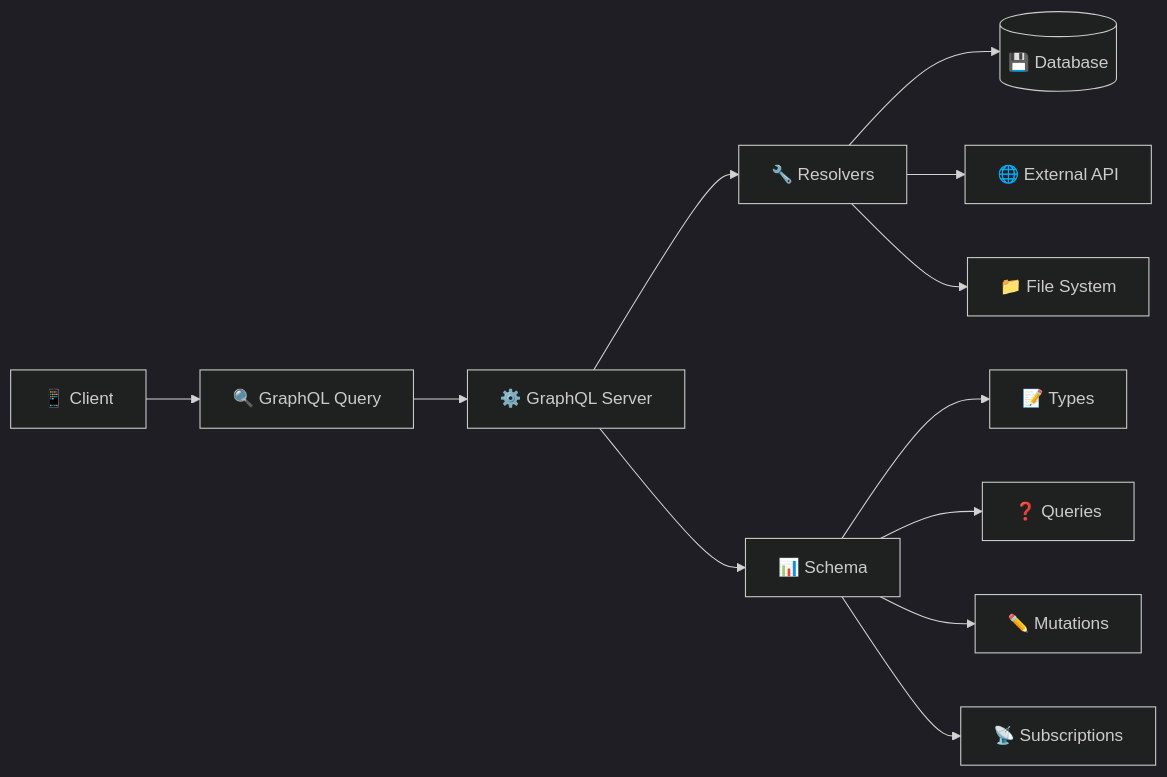
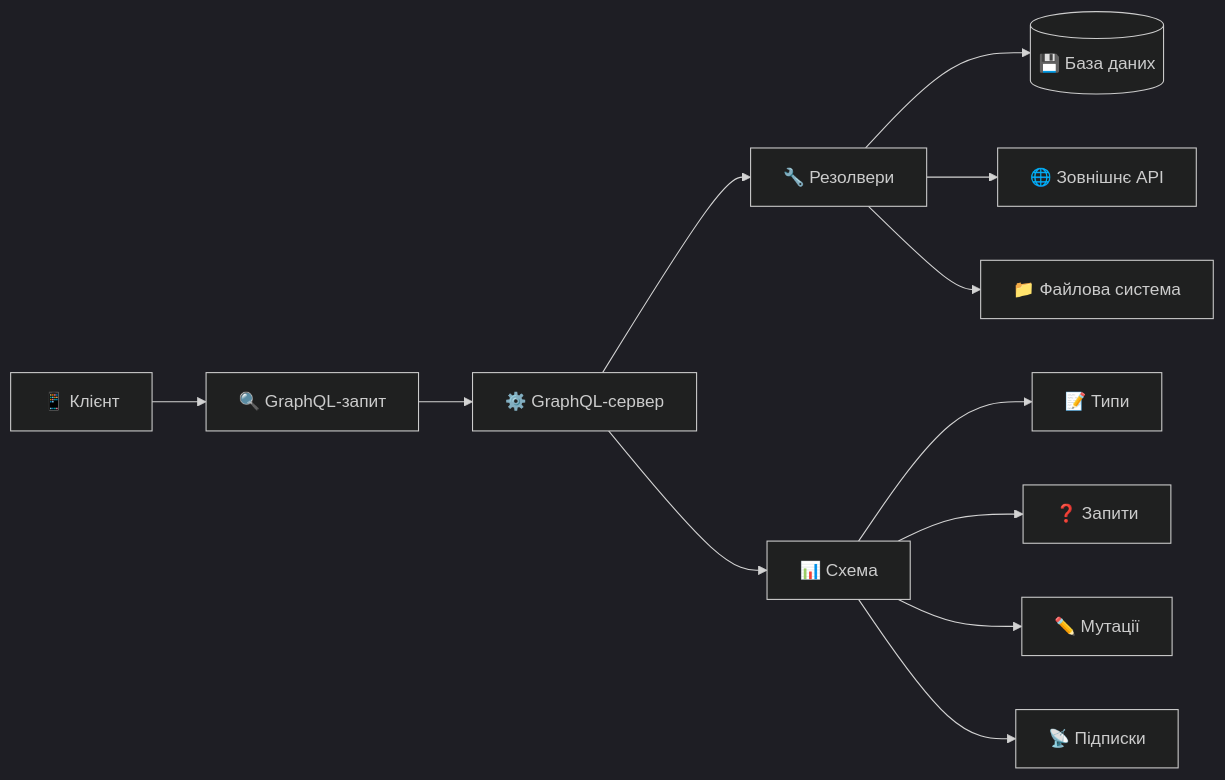
Before and after one commit to olroi421/course-web: the eighth of 19 diagrams in lectures/lecture-01.md, drawn with Mermaid (dark theme). The commit also changed other lines of this file and 4 other files, not shown here.

````diff
--- a/lectures/lecture-01.md
+++ b/lectures/lecture-01.md
@@ -610,15 +648,15 @@
 ```mermaid
 graph LR
-    A[📱 Client] --> B[🔍 GraphQL Query]
-    B --> C[⚙️ GraphQL Server]
-    C --> D[🔧 Resolvers]
-    D --> E[(💾 Database)]
-    D --> F[🌐 External API]
-    D --> G[📁 File System]
+    A[📱 Клієнт] --> B[🔍 GraphQL-запит]
+    B --> C[⚙️ GraphQL-сервер]
+    C --> D[🔧 Резолвери]
+    D --> E[(💾 База даних)]
+    D --> F[🌐 Зовнішнє API]
+    D --> G[📁 Файлова система]
 
-    C --> H[📊 Schema]
-    H --> I[📝 Types]
-    H --> J[❓ Queries]
-    H --> K[✏️ Mutations]
-    H --> L[📡 Subscriptions]
+    C --> H[📊 Схема]
+    H --> I[📝 Типи]
+    H --> J[❓ Запити]
+    H --> K[✏️ Мутації]
+    H --> L[📡 Підписки]
 ```
````
